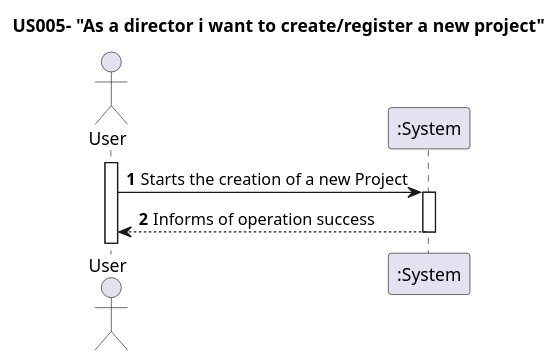
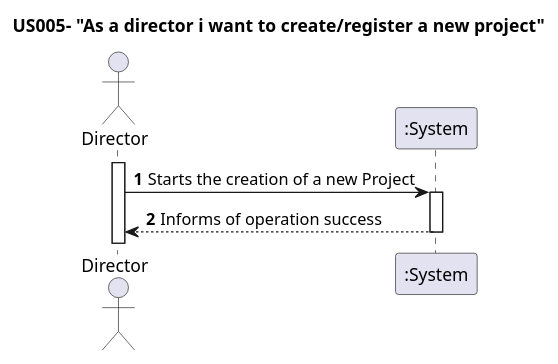
Before and after one commit to nunogon1211787/projectManagement: the diagram in docs/Sprint1/US005/US005-SSD.puml, drawn with PlantUML. The commit also changed 28 other files, not shown here.

Commit message:
US004: Reengineering: update code to implement DDD, Onion Architecture, REST and Spring-Boot. resolve #203, resolve #204, resolve #205

```diff
--- a/docs/Sprint1/US005/US005-SSD.puml
+++ b/docs/Sprint1/US005/US005-SSD.puml
@@ -1,17 +1,17 @@
 @startuml
 'https://plantuml.com/sequence-diagram
 
 title US005- "As a director i want to create/register a new project"
 
 autoactivate on
 autonumber
 
-actor "User" as User
+actor "Director" as User
 participant ":System" as System
 
 activate User
 
 User -> System: Starts the creation of a new Project
 System --> User: Informs of operation success
 
 @enduml
```
